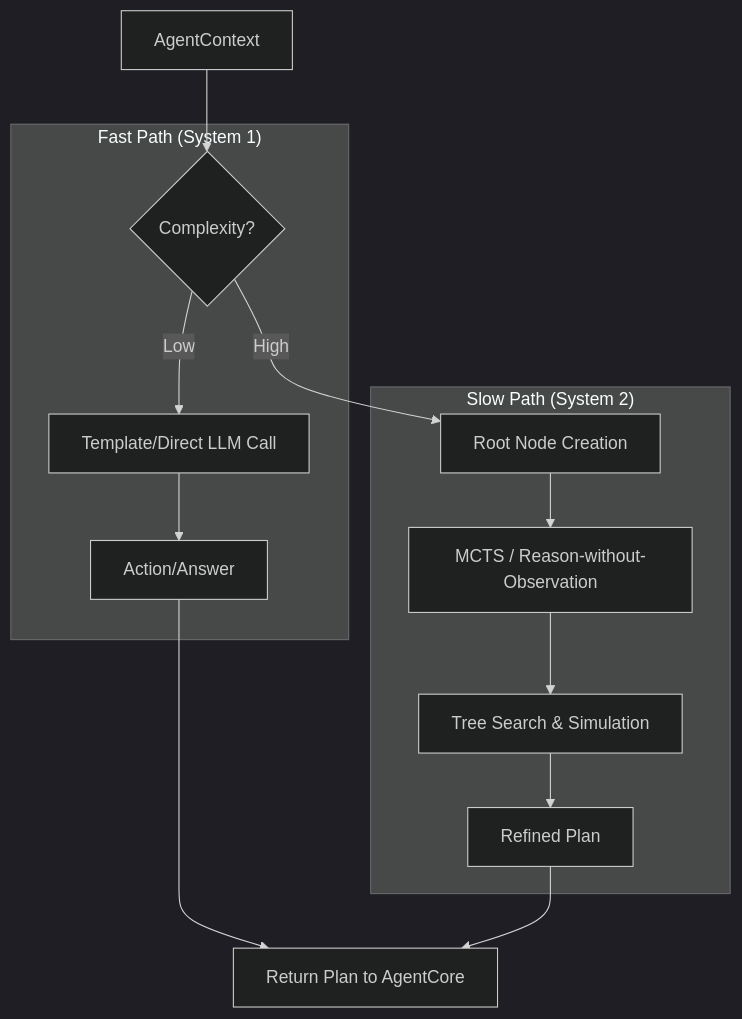
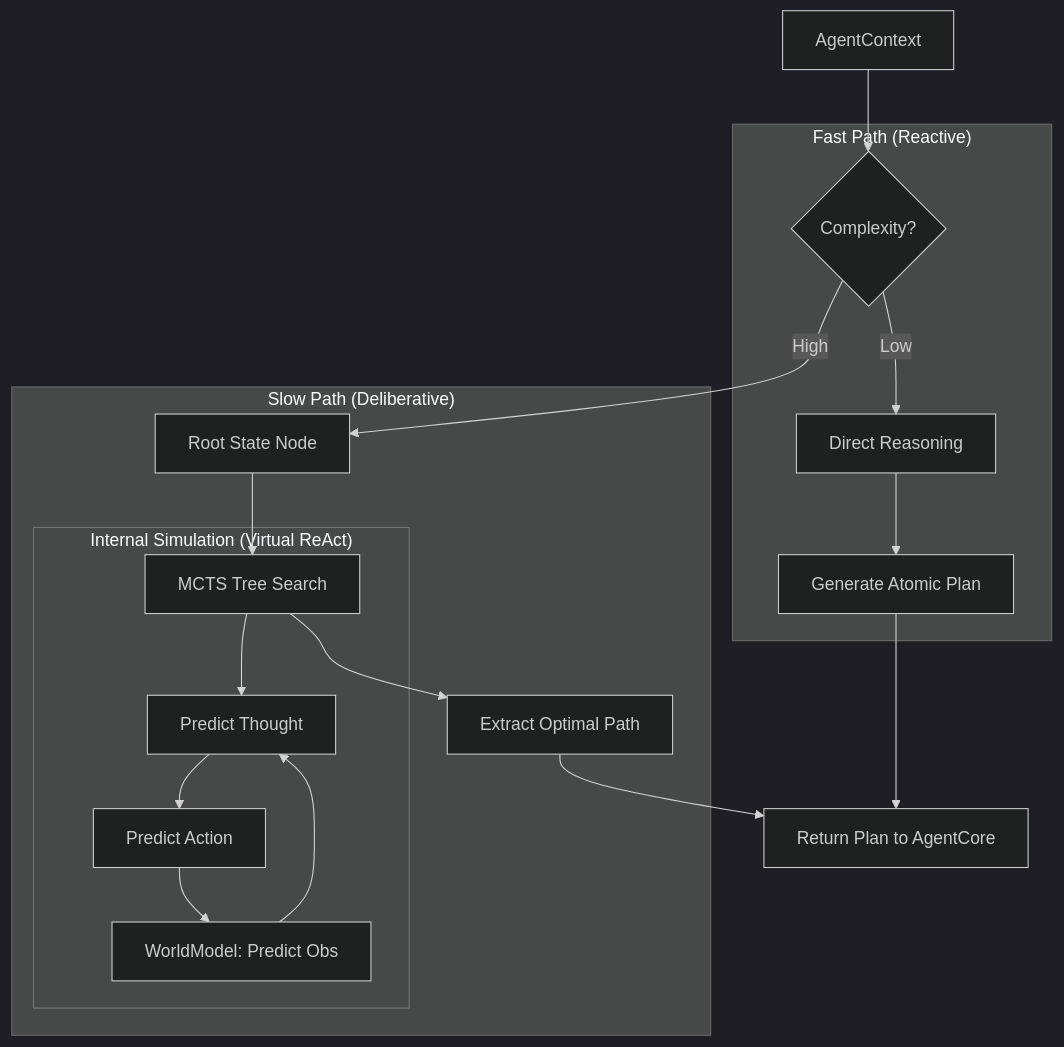
The second of 2 diagrams in docs/alice-core-planner/DESIGN.md (chaineasy-ai/alice-agent), drawn with Mermaid (dark theme) before and after one commit. The commit also changed other lines of this file and 2 other files, not shown here.

Commit message:
feat: agent,planner update design

````diff
--- a/docs/alice-core-planner/DESIGN.md
+++ b/docs/alice-core-planner/DESIGN.md
@@ -61,19 +72,26 @@
 ```mermaid
 graph TD
     Input[AgentContext] --> Assess{Complexity?}
     
-    subgraph "Fast Path (System 1)"
-        Assess -->|Low| Direct[Template/Direct LLM Call]
-        Direct --> Final[Action/Answer]
+    subgraph "Fast Path (Reactive)"
+        Assess -->|Low| Direct[Direct Reasoning]
+        Direct --> GenPlan[Generate Atomic Plan]
     end
     
-    subgraph "Slow Path (System 2)"
-        Assess -->|High| Root[Root Node Creation]
-        Root --> MCTS[MCTS / Reason-without-Observation]
-        MCTS --> Search[Tree Search & Simulation]
-        Search --> Replan[Refined Plan]
+    subgraph "Slow Path (Deliberative)"
+        Assess -->|High| Root[Root State Node]
+        Root --> Search[MCTS Tree Search]
+        
+        subgraph "Internal Simulation (Virtual ReAct)"
+            Search --> Thought[Predict Thought]
+            Thought --> VAction[Predict Action]
+            VAction --> World[WorldModel: Predict Obs]
+            World --> Thought
+        end
+        
+        Search --> BestPath[Extract Optimal Path]
     end
     
-    Final --> Output[Return Plan to AgentCore]
-    Replan --> Output
+    GenPlan --> Output[Return Plan to AgentCore]
+    BestPath --> Output
 ```
````
